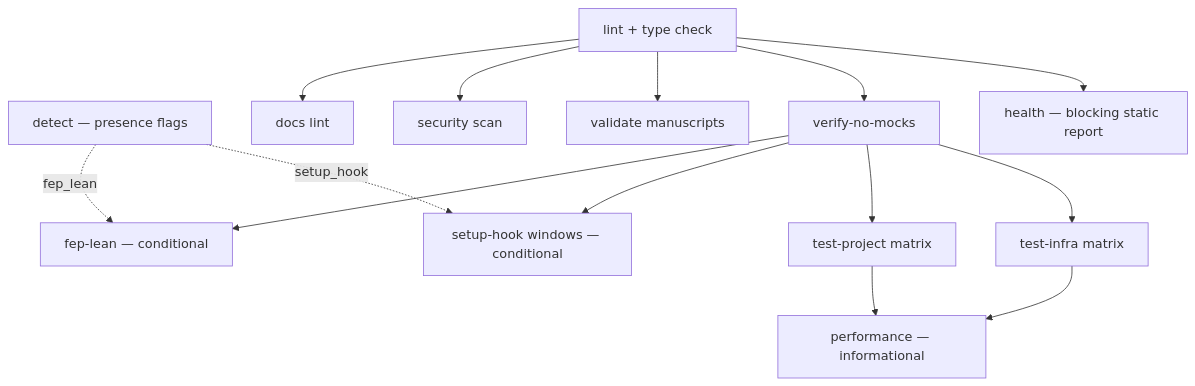
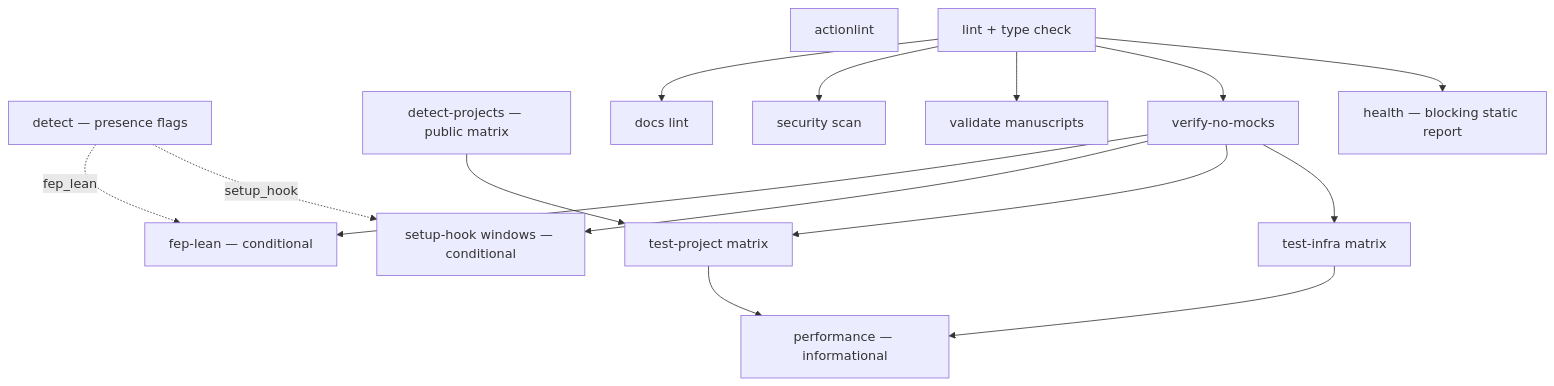
Before and after one commit to docxology/template: the eighth of 8 diagrams in .github/README.md, drawn with Mermaid. The commit also changed other lines of this file and 347 other files, not shown here.

````diff
--- a/.github/README.md
+++ b/.github/README.md
@@ -880,28 +887,31 @@
 ```mermaid
 flowchart TB
     D[detect — presence flags]
+    DP[detect-projects — public matrix]
+    AL[actionlint]
     L[lint + type check]
     H[health — blocking static report]
     VNM[verify-no-mocks]
     SH[setup-hook windows — conditional]
     TI[test-infra matrix]
     TP[test-project matrix]
     FL[fep-lean — conditional]
     VM[validate manuscripts]
     SS[security scan]
     DL[docs lint]
     PC[performance — informational]
     L --> H
     L --> VNM
     L --> VM
     L --> SS
     L --> DL
     VNM --> TI
     VNM --> TP
     VNM --> SH
     VNM --> FL
     D -. setup_hook .-> SH
     D -. fep_lean .-> FL
+    DP --> TP
     TI --> PC
     TP --> PC
 ```
````
